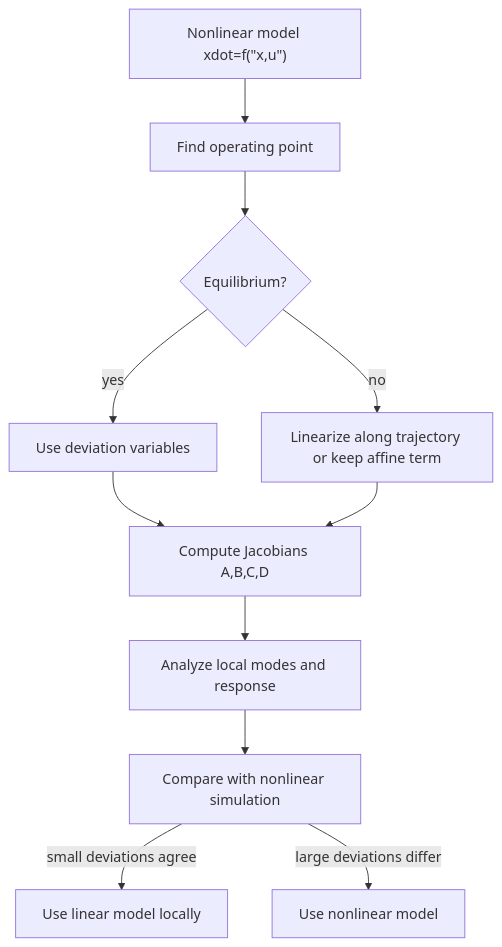
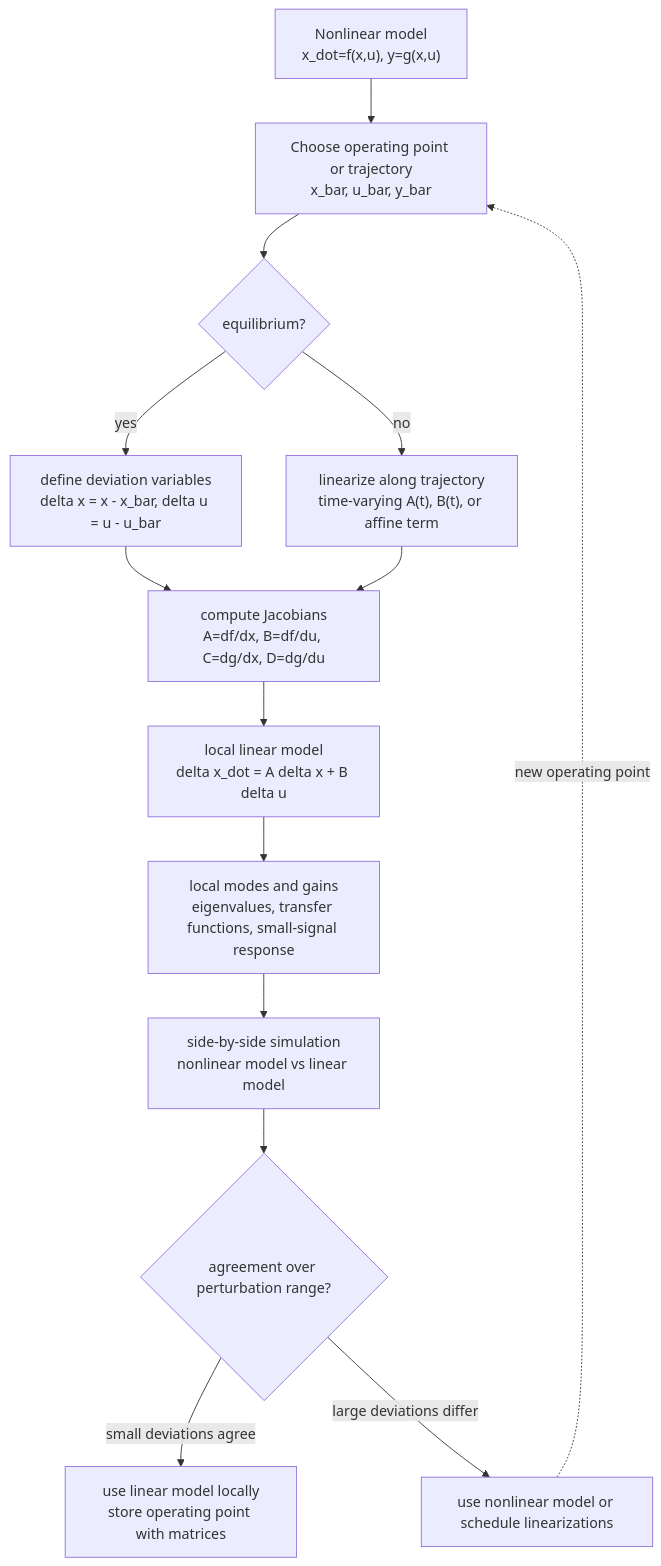
Before and after one commit to justinbrianhwang/SJ-wiki: the diagram in docs/physics/simulation/nonlinear-systems-linearization.md, drawn with Mermaid. The commit also changed other lines of this file and 1858 other files, not shown here.

Commit message:
Upgrade Mermaid diagrams to real architecture level across DL/CS-systems/CS-applied/QIS/Physics+Math+Chem (~728 mermaid blocks total): detailed sublayers, residuals, dimensions, shape transitions, subgraph grouping

````diff
--- a/docs/physics/simulation/nonlinear-systems-linearization.md
+++ b/docs/physics/simulation/nonlinear-systems-linearization.md
@@ -112,13 +108,16 @@
 ```mermaid
 flowchart TD
-  A["Nonlinear model xdot=f(#quot;x,u#quot;)"] --> B[Find operating point]
-  B --> C{"Equilibrium?"}
-  C -->|yes| D[Use deviation variables]
-  C -->|no| E[Linearize along trajectory or keep affine term]
-  D --> F["Compute Jacobians A,B,C,D"]
-  E --> F
-  F --> G[Analyze local modes and response]
-  G --> H[Compare with nonlinear simulation]
-  H -->|small deviations agree| I[Use linear model locally]
-  H -->|large deviations differ| J[Use nonlinear model]
+  Nonlinear["Nonlinear model<br/>x_dot=f(x,u), y=g(x,u)"] --> Operating["Choose operating point or trajectory<br/>x_bar, u_bar, y_bar"]
+  Operating --> Equil{"equilibrium?"}
+  Equil -- "yes" --> Deviations["define deviation variables<br/>delta x = x - x_bar, delta u = u - u_bar"]
+  Equil -- "no" --> Affine["linearize along trajectory<br/>time-varying A(t), B(t), or affine term"]
+  Deviations --> Jacobian["compute Jacobians<br/>A=df/dx, B=df/du, C=dg/dx, D=dg/du"]
+  Affine --> Jacobian
+  Jacobian --> Linear["local linear model<br/>delta x_dot = A delta x + B delta u"]
+  Linear --> Modes["local modes and gains<br/>eigenvalues, transfer functions, small-signal response"]
+  Modes --> Compare["side-by-side simulation<br/>nonlinear model vs linear model"]
+  Compare --> Range{"agreement over perturbation range?"}
+  Range -- "small deviations agree" --> UseLocal["use linear model locally<br/>store operating point with matrices"]
+  Range -- "large deviations differ" --> UseNL["use nonlinear model or schedule linearizations"]
+  UseNL -. "new operating point" .-> Operating
 ```
````
